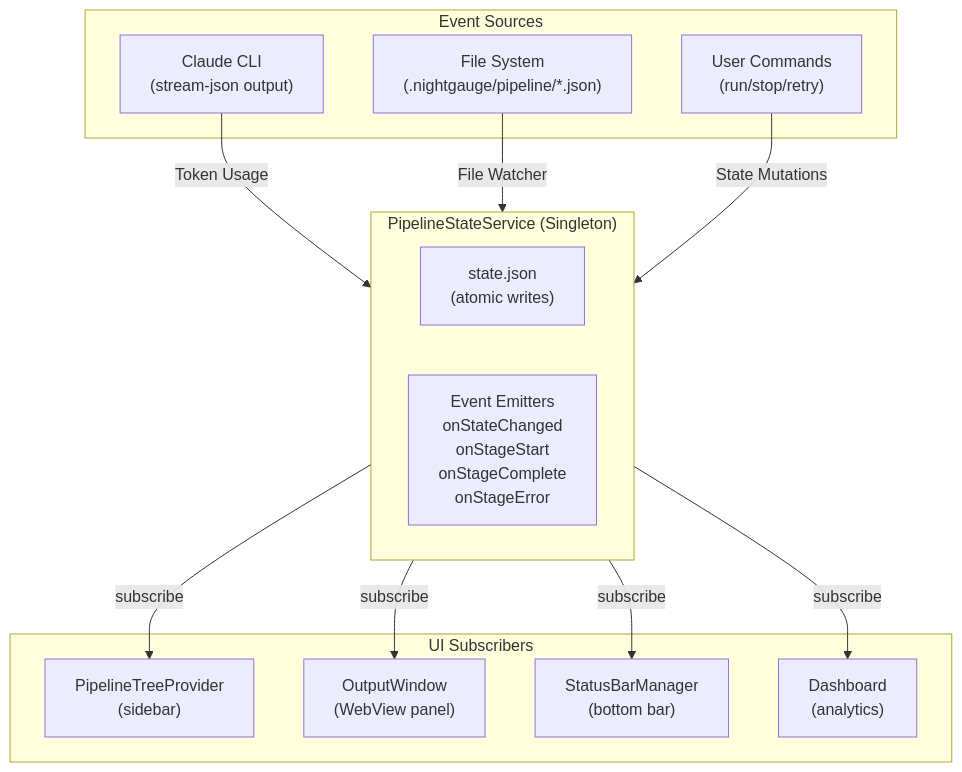
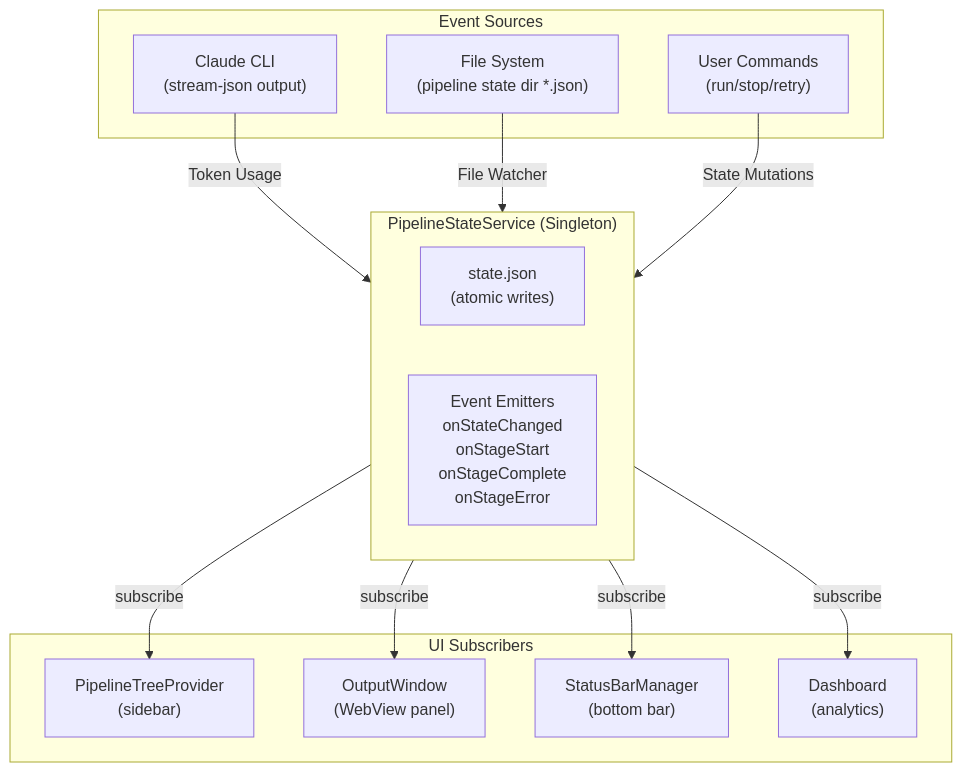
Before and after one commit to nightgauge/nightgauge: the second of 6 diagrams in docs/ARCHITECTURE_DIAGRAMS.md, drawn with Mermaid. The commit also changed other lines of this file and 720 other files, not shown here.

````diff
--- a/docs/ARCHITECTURE_DIAGRAMS.md
+++ b/docs/ARCHITECTURE_DIAGRAMS.md
@@ -82,29 +85,29 @@
 ```mermaid
 flowchart TD
     subgraph Sources["Event Sources"]
         CLI["Claude CLI<br/>(stream-json output)"]
-        FS["File System<br/>(.nightgauge/pipeline/*.json)"]
+        FS["File System<br/>(pipeline state dir *.json)"]
         CMD["User Commands<br/>(run/stop/retry)"]
     end
 
     subgraph StateService["PipelineStateService (Singleton)"]
         STATE["state.json<br/>(atomic writes)"]
         EVENTS["Event Emitters<br/>onStateChanged<br/>onStageStart<br/>onStageComplete<br/>onStageError"]
     end
 
     subgraph Subscribers["UI Subscribers"]
         TREE["PipelineTreeProvider<br/>(sidebar)"]
         OUTPUT["OutputWindow<br/>(WebView panel)"]
         STATUS["StatusBarManager<br/>(bottom bar)"]
         DASH["Dashboard<br/>(analytics)"]
     end
 
     CLI -->|"Token Usage"| StateService
     FS -->|"File Watcher"| StateService
     CMD -->|"State Mutations"| StateService
 
     StateService -->|"subscribe"| TREE
     StateService -->|"subscribe"| OUTPUT
     StateService -->|"subscribe"| STATUS
     StateService -->|"subscribe"| DASH
 ```
````
